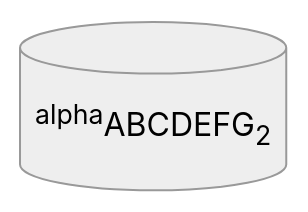
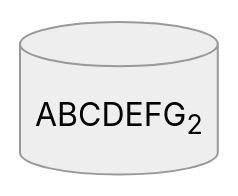
One commit to yamato97/science changed the diagram in grand_canonical.md. Above: the diagram before and after it, drawn with Mermaid (neutral theme).

````diff
--- a/grand_canonical.md
+++ b/grand_canonical.md
@@ -6,4 +6,4 @@
 ```mermaid
 graph LR
-NodeIdName[("<sup>alpha</sup>ABCDEFG<sub>2</sub>")]
+NodeIdName[("ABCDEFG<sub>2</sub>")]
 ```
````
